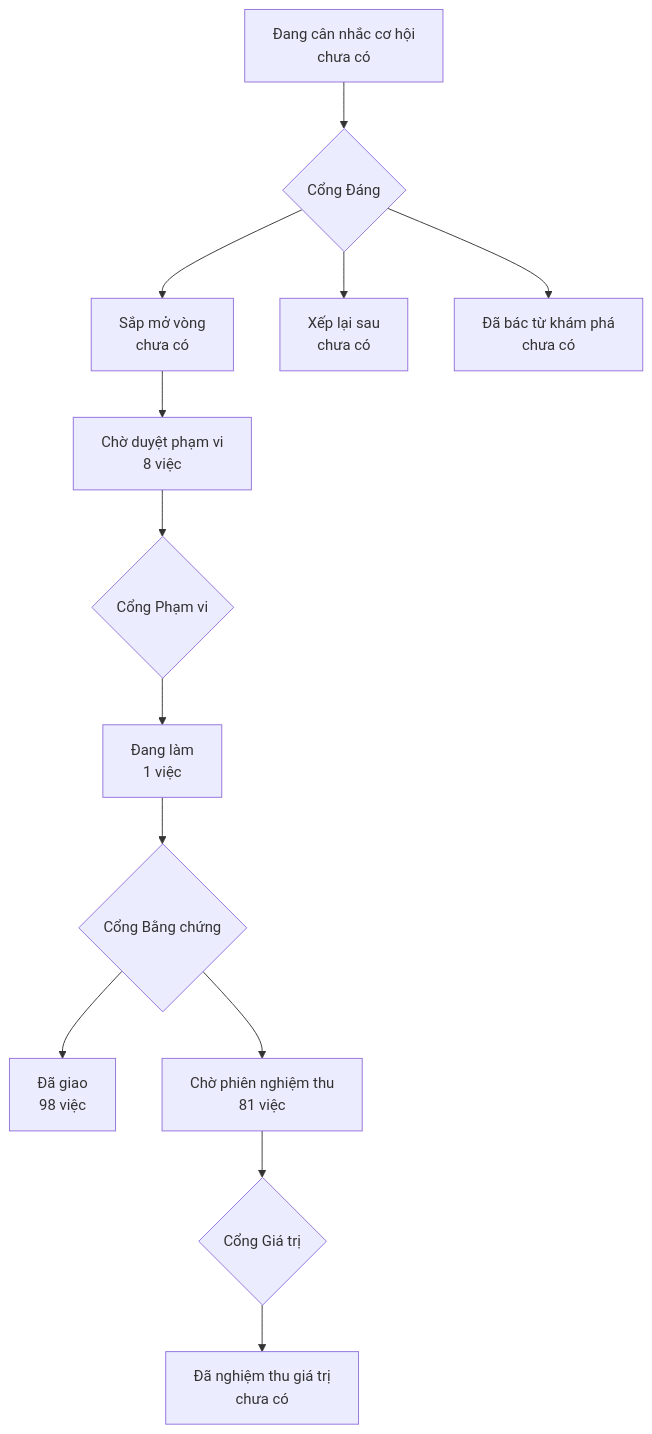
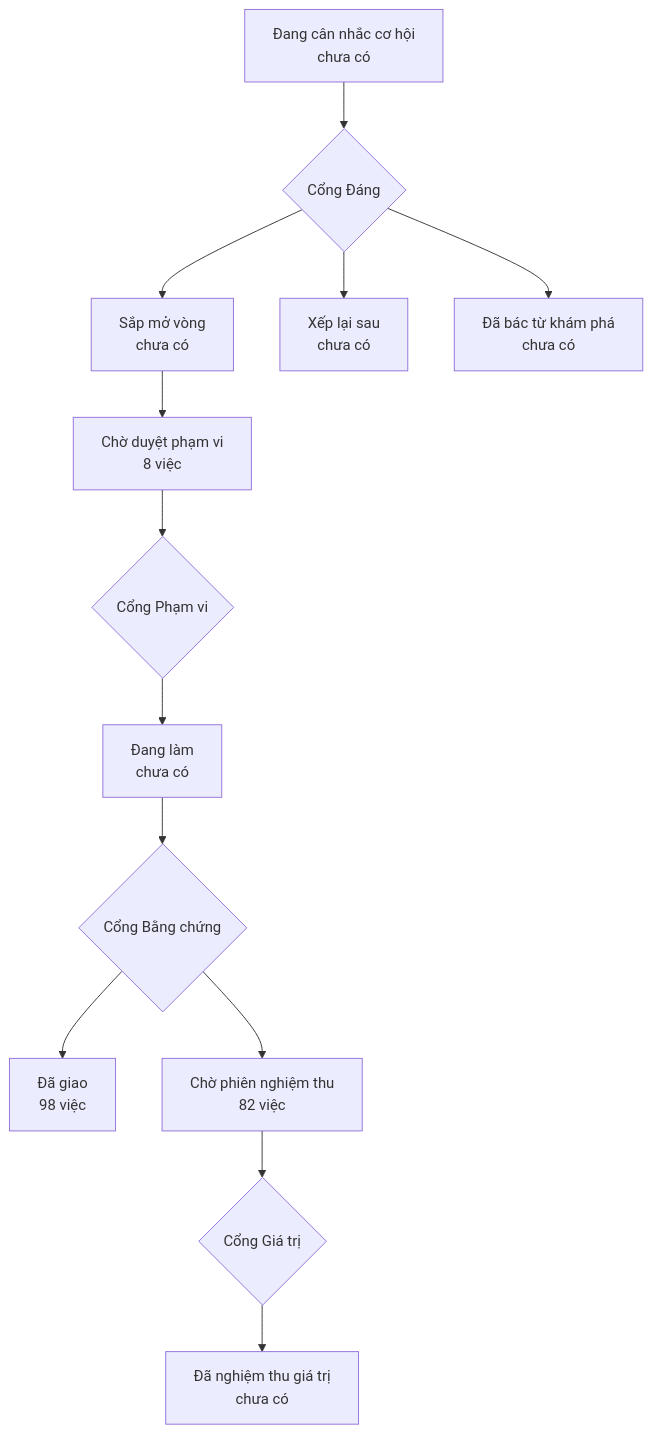
The diagram in PRODUCT-MAP.md (phanlemanh/onehub-invest), drawn with Mermaid before and after one commit. The commit also changed other lines of this file and 3 other files, not shown here.

Commit message:
acceptance(judge-luat-loai-tru-dac-trung): Ngoài-1 tách hợp đồng mới (Mạnh), máy thông Cổng Bằng chứng

````diff
--- a/PRODUCT-MAP.md
+++ b/PRODUCT-MAP.md
@@ -7,12 +7,12 @@
 ```mermaid
 flowchart TD
   A["Đang cân nhắc cơ hội<br/>chưa có"] --> GD{"Cổng Đáng"}
   GD --> B["Sắp mở vòng<br/>chưa có"]
   GD --> XL["Xếp lại sau<br/>chưa có"]
   GD --> DB["Đã bác từ khám phá<br/>chưa có"]
   B --> CD["Chờ duyệt phạm vi<br/>8 việc"] --> GP{"Cổng Phạm vi"}
-  GP --> DL["Đang làm<br/>1 việc"] --> GB{"Cổng Bằng chứng"}
+  GP --> DL["Đang làm<br/>chưa có"] --> GB{"Cổng Bằng chứng"}
   GB --> DG["Đã giao<br/>98 việc"]
-  GB --> CN["Chờ phiên nghiệm thu<br/>81 việc"] --> GG{"Cổng Giá trị"}
+  GB --> CN["Chờ phiên nghiệm thu<br/>82 việc"] --> GG{"Cổng Giá trị"}
   GG --> NT["Đã nghiệm thu giá trị<br/>chưa có"]
 ```
````
